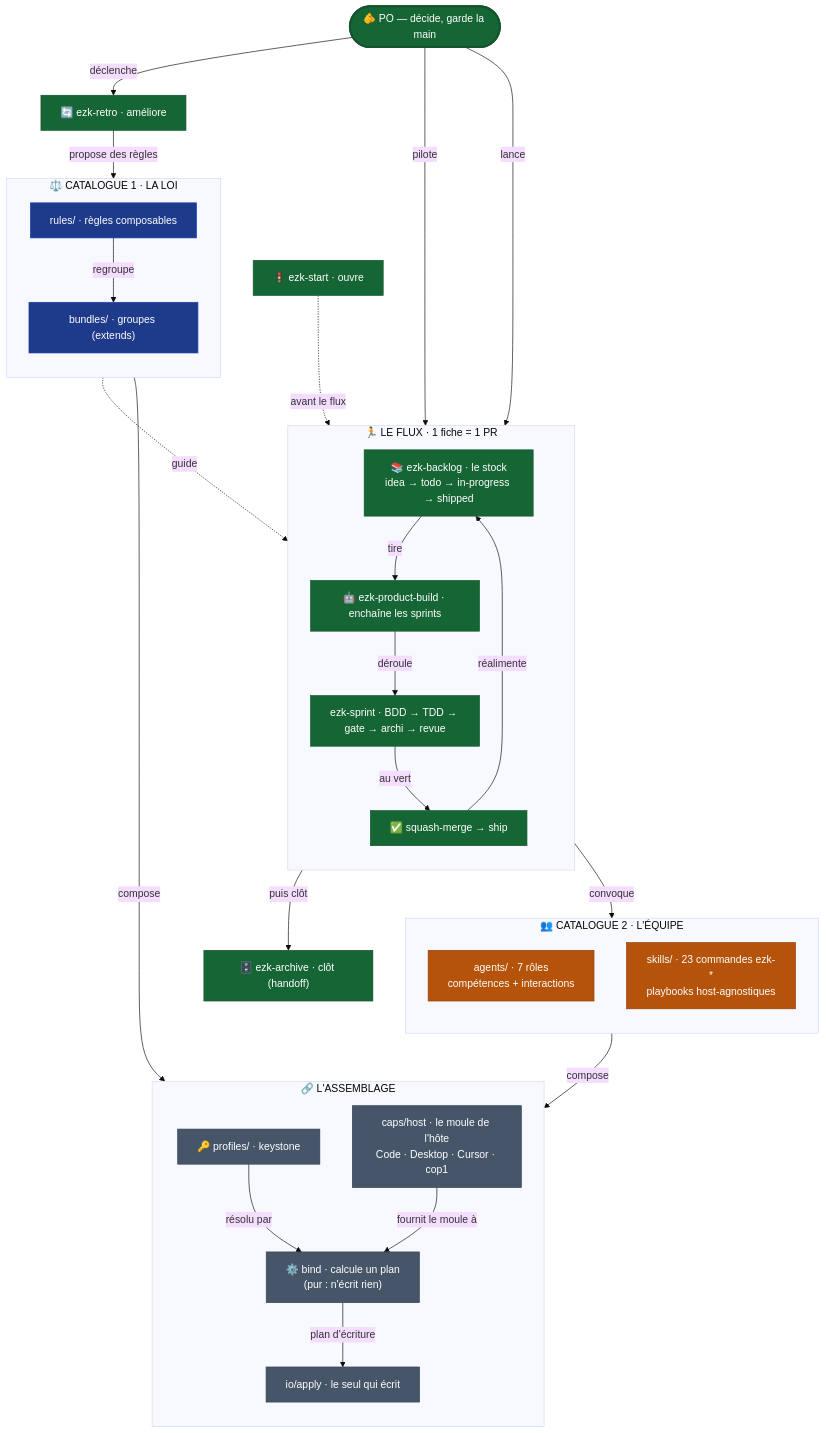
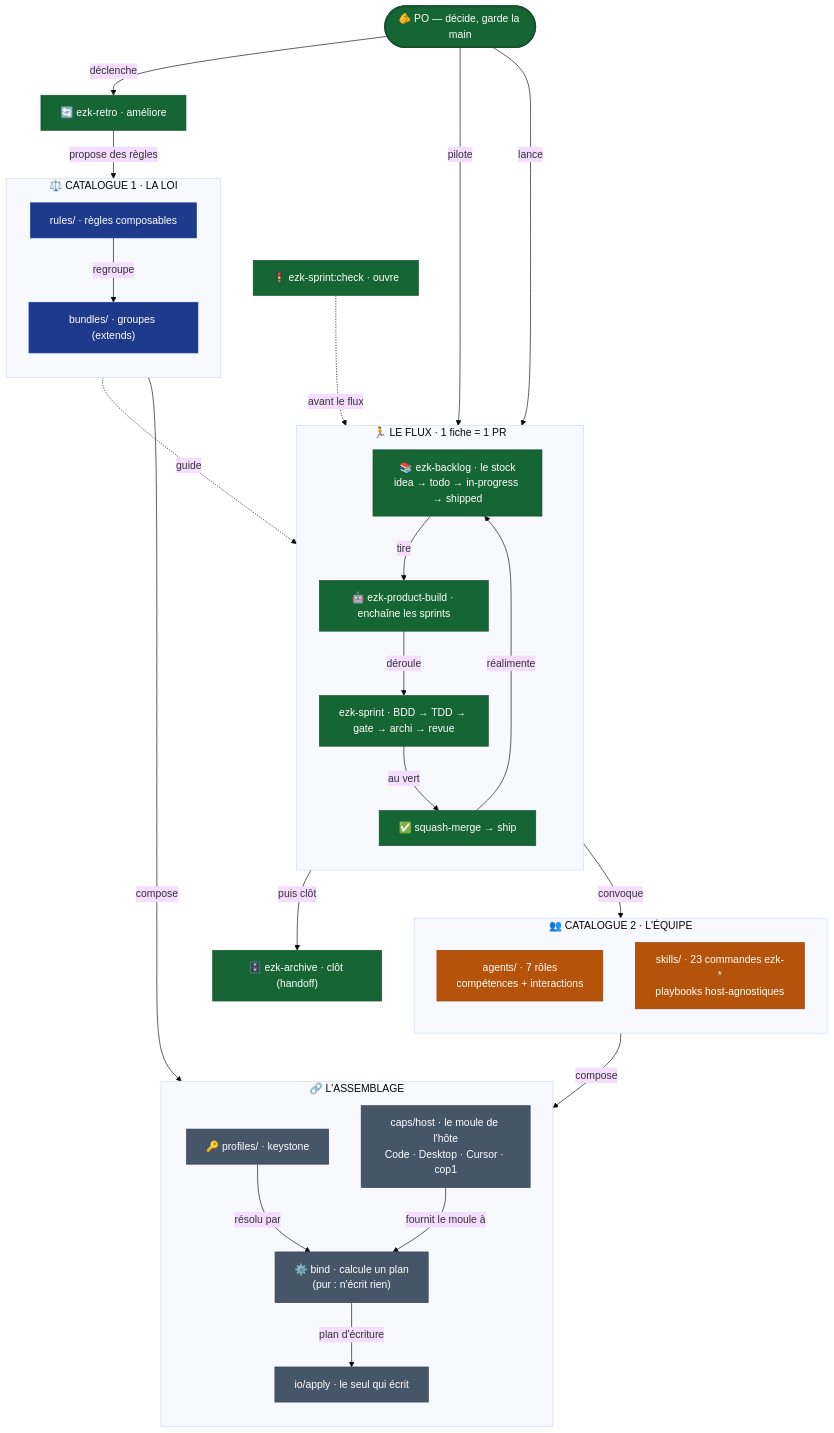
The diagram in diagrams/methode-mega-city/diagram.mmd (elzinko/vectorz), drawn with Mermaid (base theme) before and after one commit. The commit also changed 28 other files, not shown here.

First line of the commit message:
refactor(method): ezk-start absorbé — l'ouverture devient ezk-sprint:check, la boucle ezk-sprint:run (ordre PO)

```diff
--- a/diagrams/methode-mega-city/diagram.mmd
+++ b/diagrams/methode-mega-city/diagram.mmd
@@ -1,57 +1,57 @@
 flowchart TB
     PO(["🫵 PO — décide, garde la main"])
 
     subgraph LOI["⚖️ CATALOGUE 1 · LA LOI"]
         direction TB
         R["rules/ · règles composables"] -->|regroupe| B["bundles/ · groupes (extends)"]
     end
 
     subgraph EQ["👥 CATALOGUE 2 · L'ÉQUIPE"]
         direction TB
         AG["agents/ · 7 rôles<br/>compétences + interactions"]
         SK["skills/ · 23 commandes ezk-*<br/>playbooks host-agnostiques"]
     end
 
     subgraph ASM["🔗 L'ASSEMBLAGE"]
         direction TB
         KEY["🔑 profiles/ · keystone"] -->|résolu par| BIND["⚙️ bind · calcule un plan<br/>(pur : n'écrit rien)"]
         CAPS["caps/host · le moule de l'hôte<br/>Code · Desktop · Cursor · cop1"] -->|fournit le moule à| BIND
         BIND -->|plan d'écriture| APPLY["io/apply · le seul qui écrit"]
     end
 
     subgraph FLOW["🏃 LE FLUX · 1 fiche = 1 PR"]
         direction TB
         BL["📚 ezk-backlog · le stock<br/>idea → todo → in-progress → shipped"]
         PB["🤖 ezk-product-build · enchaîne les sprints"]
         SP["ezk-sprint · BDD → TDD → gate → archi → revue"]
         SHIP["✅ squash-merge → ship"]
         BL -->|tire| PB -->|déroule| SP -->|au vert| SHIP
     end
 
-    START["🚦 ezk-start · ouvre"]
+    START["🚦 ezk-sprint:check · ouvre"]
     ARCH["🗄️ ezk-archive · clôt (handoff)"]
     RETRO["🔄 ezk-retro · améliore"]
 
     LOI -->|compose| KEY
     EQ -->|compose| KEY
     PO -->|pilote| BL
     PO -->|lance| PB
     SP -->|convoque| AG
     LOI -.->|guide| SP
     SHIP -->|réalimente| BL
     START -.->|avant le flux| BL
     SHIP -->|puis clôt| ARCH
     PO -->|déclenche| RETRO
     RETRO -->|propose des règles| LOI
 
     classDef loi fill:#1e3a8a,stroke:#1e40af,color:#fff;
     classDef eq fill:#b45309,stroke:#92400e,color:#fff;
     classDef flow fill:#166534,stroke:#14532d,color:#fff;
     classDef asm fill:#475569,stroke:#334155,color:#fff;
     classDef po fill:#166534,stroke:#14532d,color:#fff,stroke-width:3px;
 
     class R,B loi;
     class AG,SK eq;
     class BL,PB,SP,SHIP,START,ARCH,RETRO flow;
     class KEY,CAPS,BIND,APPLY asm;
     class PO po;
```
